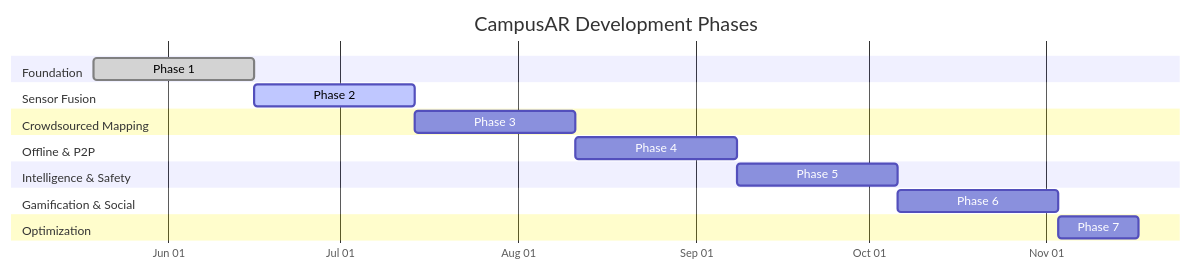
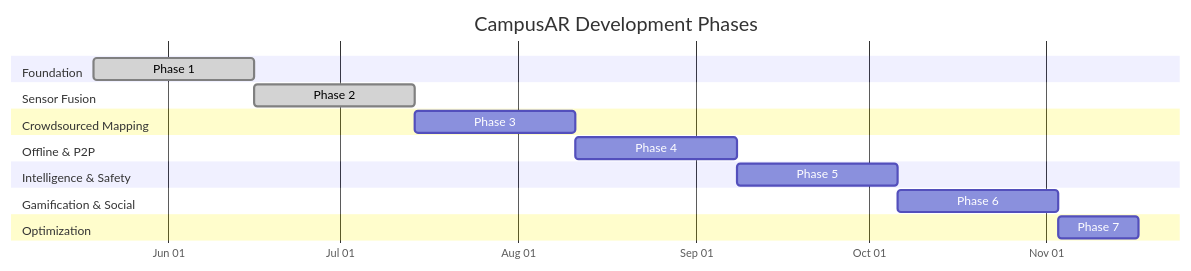
The second of 4 diagrams in README.md (Vishal4742/CampusAR), drawn with Mermaid before and after one commit. The commit also changed other lines of this file and 30 other files, not shown here.

````diff
--- a/README.md
+++ b/README.md
@@ -202,27 +202,27 @@
 ```mermaid
 gantt
     title CampusAR Development Phases
     dateFormat YYYY-MM-DD
     axisFormat %b %d
 
     section Foundation
     Phase 1 :done, p1, 2026-05-19, 4w
 
     section Sensor Fusion
-    Phase 2 :active, p2, after p1, 4w
+    Phase 2 :done, p2, after p1, 4w
 
     section Crowdsourced Mapping
     Phase 3 :p3, after p2, 4w
 
     section Offline & P2P
     Phase 4 :p4, after p3, 4w
 
     section Intelligence & Safety
     Phase 5 :p5, after p4, 4w
 
     section Gamification & Social
     Phase 6 :p6, after p5, 4w
 
     section Optimization
     Phase 7 :p7, after p6, 2w
 ```
````
